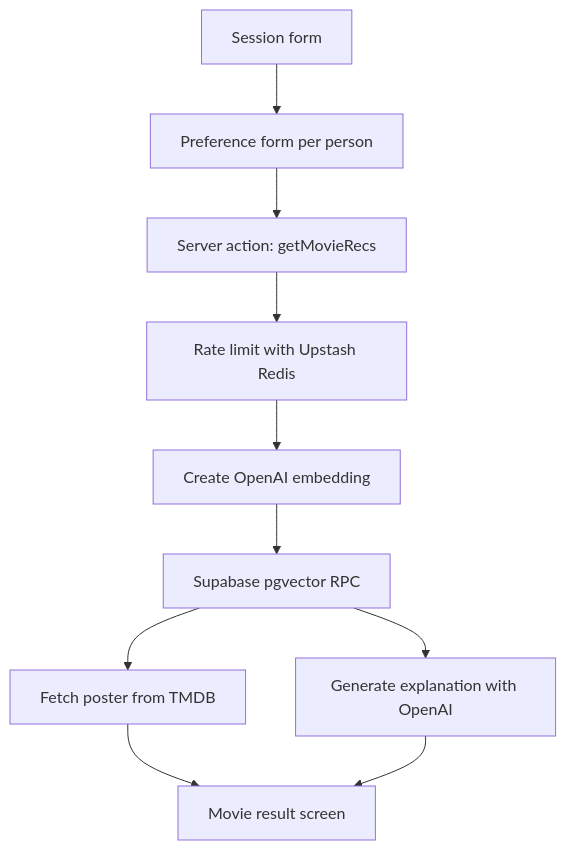
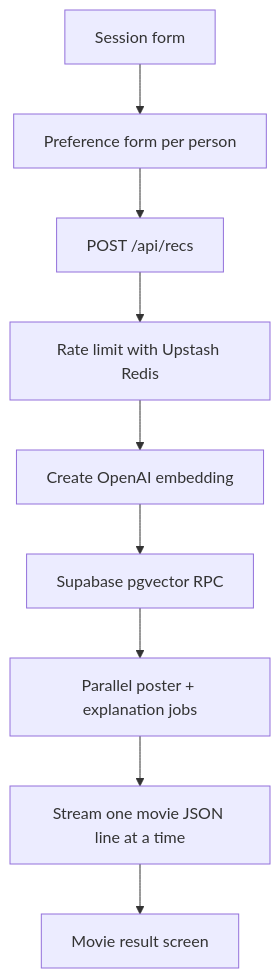
Before and after one commit to azizu06/pop-choice: the diagram in README.md, drawn with Mermaid. The commit also changed other lines of this file, not shown here.

````diff
--- a/README.md
+++ b/README.md
@@ -63,12 +70,11 @@
 ```mermaid
 flowchart TD
   A["Session form"] --> B["Preference form per person"]
-  B --> C["Server action: getMovieRecs"]
+  B --> C["POST /api/recs"]
   C --> D["Rate limit with Upstash Redis"]
   D --> E["Create OpenAI embedding"]
   E --> F["Supabase pgvector RPC"]
-  F --> G["Fetch poster from TMDB"]
-  F --> H["Generate explanation with OpenAI"]
-  G --> I["Movie result screen"]
-  H --> I
+  F --> G["Parallel poster + explanation jobs"]
+  G --> H["Stream one movie JSON line at a time"]
+  H --> I["Movie result screen"]
 ```
````
